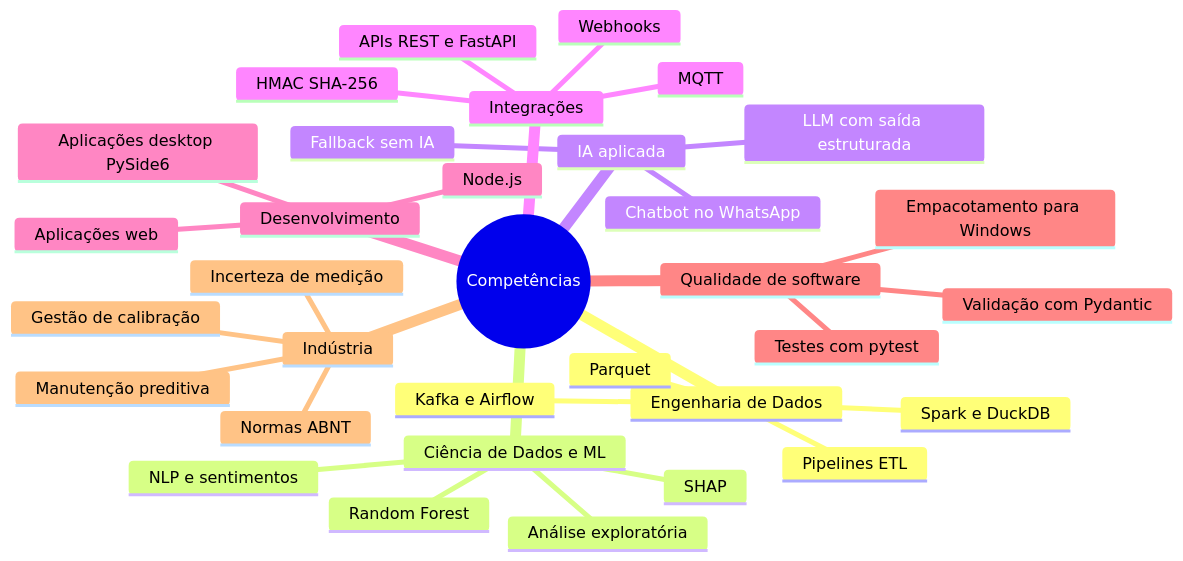
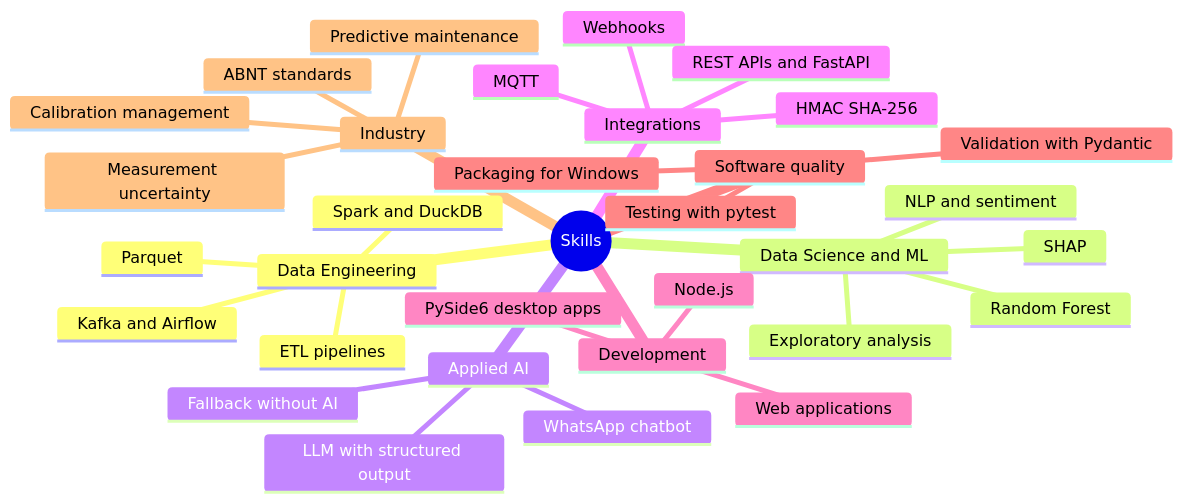
Before and after one commit to jcesarmph-ui/jcesarmph-ui: the second of 2 diagrams in README.md, drawn with Mermaid. The commit also changed other lines of this file and 1 other file, not shown here.

First line of the commit message:
Adiciona README em inglês com seletor de idioma

````diff
--- a/README.md
+++ b/README.md
@@ -327,36 +337,36 @@
 ```mermaid
 mindmap
-  root((Competências))
-    Engenharia de Dados
-      Pipelines ETL
-      Kafka e Airflow
-      Spark e DuckDB
+  root((Skills))
+    Data Engineering
+      ETL pipelines
+      Kafka and Airflow
+      Spark and DuckDB
       Parquet
-    Ciência de Dados e ML
-      Análise exploratória
+    Data Science and ML
+      Exploratory analysis
       Random Forest
-      NLP e sentimentos
+      NLP and sentiment
       SHAP
-    IA aplicada
-      LLM com saída estruturada
-      Chatbot no WhatsApp
-      Fallback sem IA
-    Integrações
+    Applied AI
+      LLM with structured output
+      WhatsApp chatbot
+      Fallback without AI
+    Integrations
       Webhooks
-      APIs REST e FastAPI
+      REST APIs and FastAPI
       HMAC SHA-256
       MQTT
-    Desenvolvimento
-      Aplicações desktop PySide6
+    Development
+      PySide6 desktop apps
       Node.js
-      Aplicações web
-    Qualidade de software
-      Testes com pytest
-      Validação com Pydantic
-      Empacotamento para Windows
-    Indústria
-      Gestão de calibração
-      Incerteza de medição
-      Normas ABNT
-      Manutenção preditiva
+      Web applications
+    Software quality
+      Testing with pytest
+      Validation with Pydantic
+      Packaging for Windows
+    Industry
+      Calibration management
+      Measurement uncertainty
+      ABNT standards
+      Predictive maintenance
 ```
````
